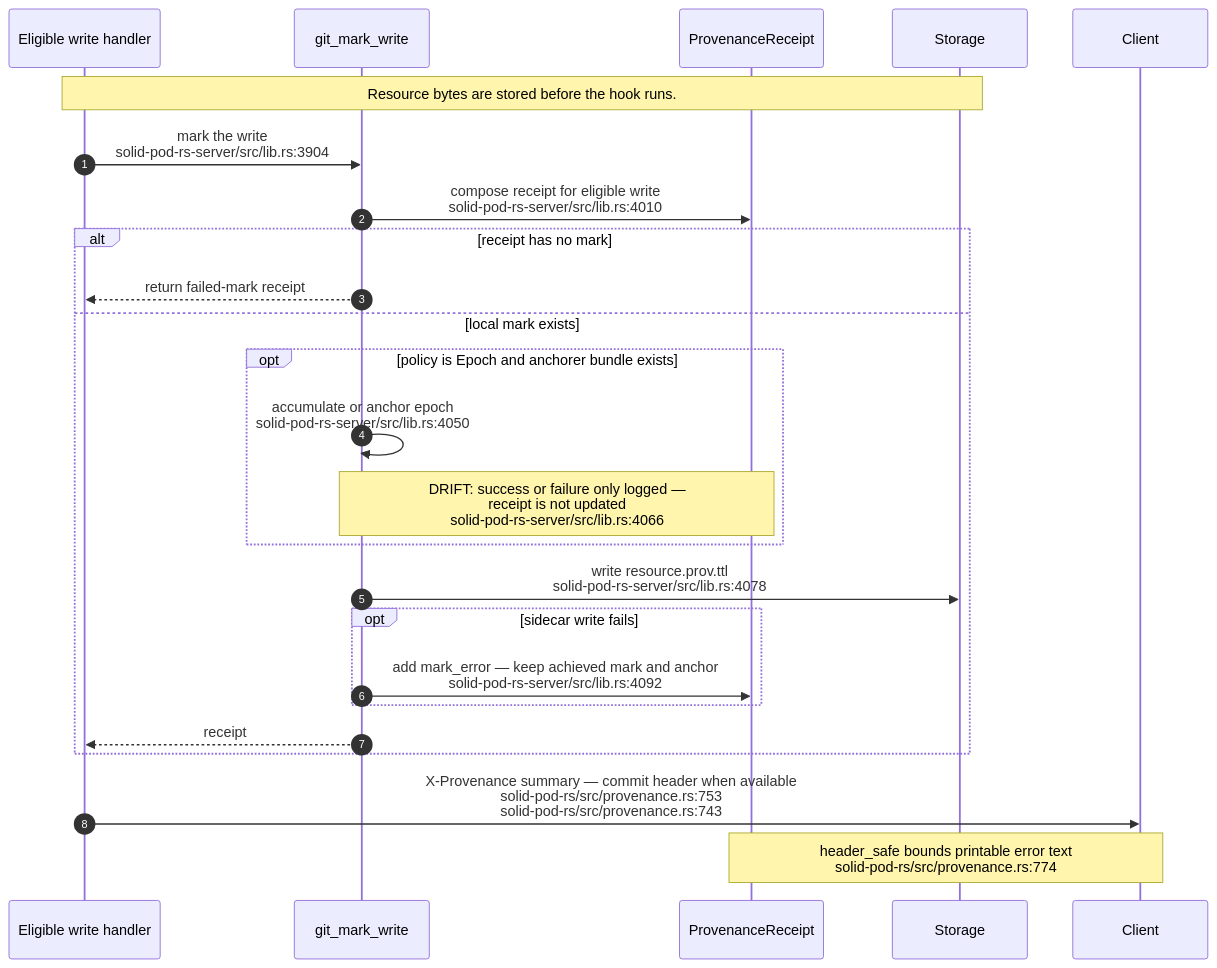
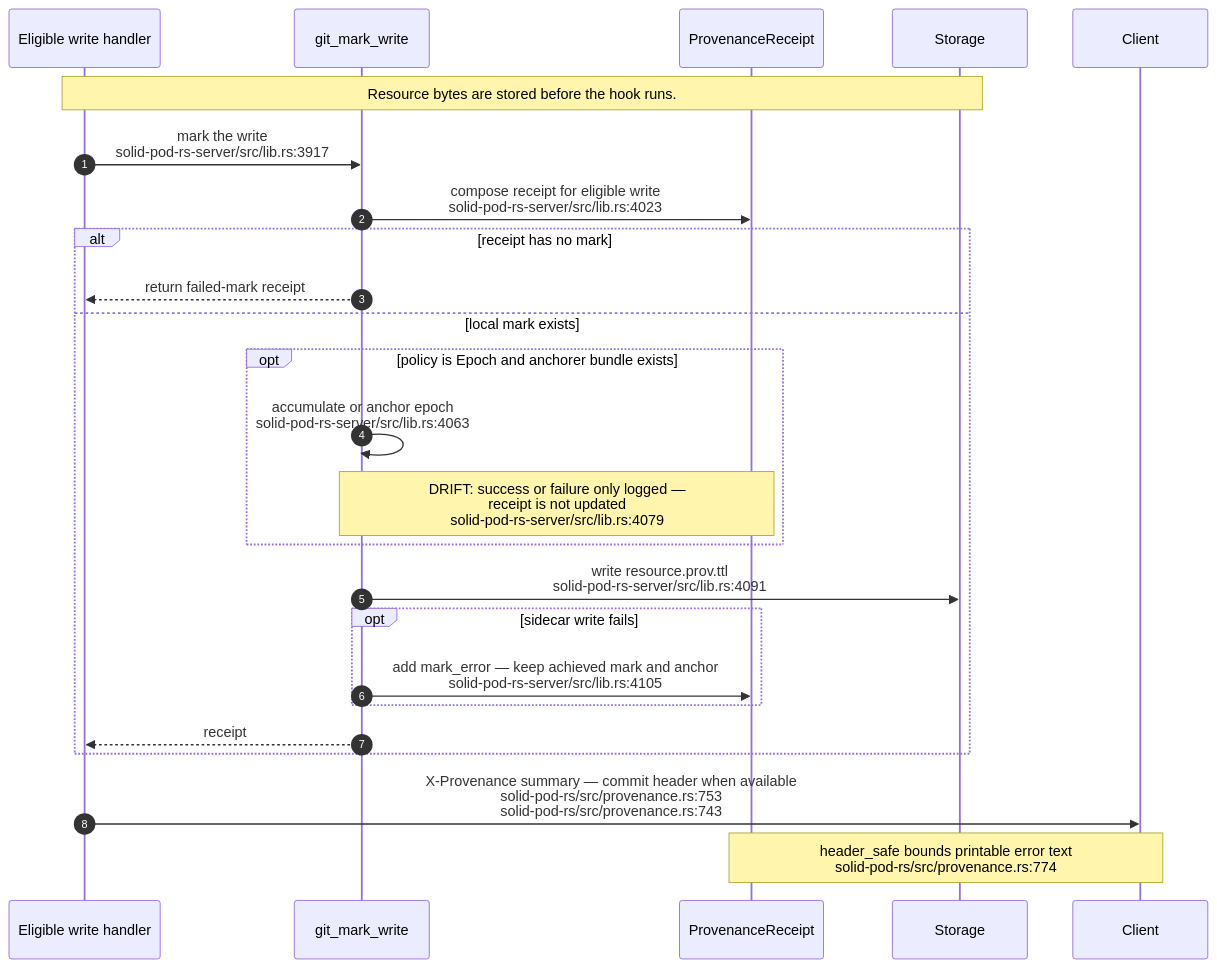
Before and after one commit to DreamLab-AI/VisionFlow: the fifth of 19 diagrams in docs/diagrams/solid-pod-rs/07-provenance-and-payments.md, drawn with Mermaid. The commit also changed other lines of this file and 47 other files, not shown here.

````diff
--- a/docs/diagrams/solid-pod-rs/07-provenance-and-payments.md
+++ b/docs/diagrams/solid-pod-rs/07-provenance-and-payments.md
@@ -147,27 +148,27 @@
 ```mermaid
 sequenceDiagram
     autonumber
     participant H as Eligible write handler
     participant G as git_mark_write
     participant R as ProvenanceReceipt
     participant S as Storage
     participant C as Client
     Note over H,S: Resource bytes are stored before the hook runs.
-    H->>G: mark the write<br/>solid-pod-rs-server/src/lib.rs:3904
-    G->>R: compose receipt for eligible write<br/>solid-pod-rs-server/src/lib.rs:4010
+    H->>G: mark the write<br/>solid-pod-rs-server/src/lib.rs:3917
+    G->>R: compose receipt for eligible write<br/>solid-pod-rs-server/src/lib.rs:4023
     alt receipt has no mark
         G-->>H: return failed-mark receipt
     else local mark exists
         opt policy is Epoch and anchorer bundle exists
-            G->>G: accumulate or anchor epoch<br/>solid-pod-rs-server/src/lib.rs:4050
-            Note over G,R: DRIFT: success or failure only logged —<br/>receipt is not updated<br/>solid-pod-rs-server/src/lib.rs:4066
+            G->>G: accumulate or anchor epoch<br/>solid-pod-rs-server/src/lib.rs:4063
+            Note over G,R: DRIFT: success or failure only logged —<br/>receipt is not updated<br/>solid-pod-rs-server/src/lib.rs:4079
         end
-        G->>S: write resource.prov.ttl<br/>solid-pod-rs-server/src/lib.rs:4078
+        G->>S: write resource.prov.ttl<br/>solid-pod-rs-server/src/lib.rs:4091
         opt sidecar write fails
-            G->>R: add mark_error — keep achieved mark and anchor<br/>solid-pod-rs-server/src/lib.rs:4092
+            G->>R: add mark_error — keep achieved mark and anchor<br/>solid-pod-rs-server/src/lib.rs:4105
         end
         G-->>H: receipt
     end
     H->>C: X-Provenance summary — commit header when available<br/>solid-pod-rs/src/provenance.rs:753<br/>solid-pod-rs/src/provenance.rs:743
     Note over R,C: header_safe bounds printable error text<br/>solid-pod-rs/src/provenance.rs:774
 ```
````
